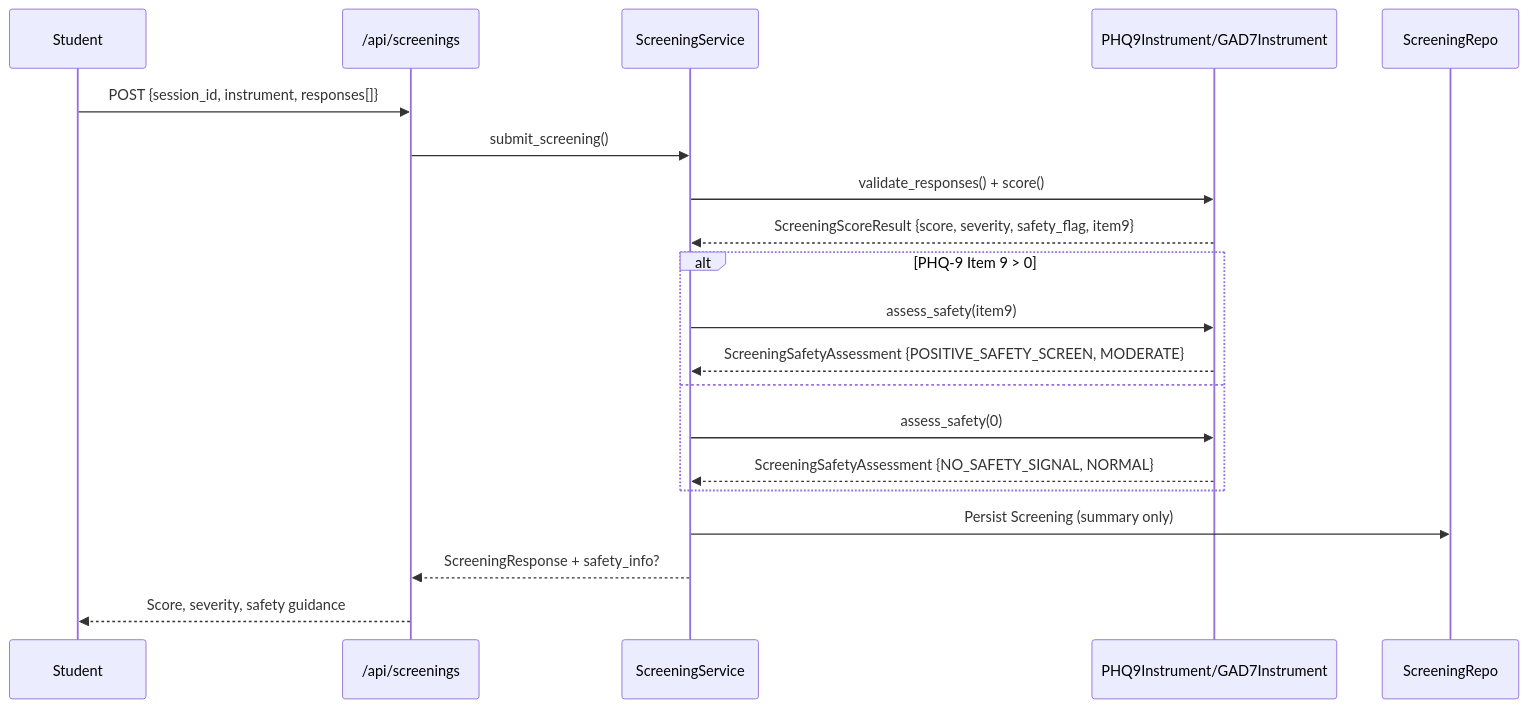
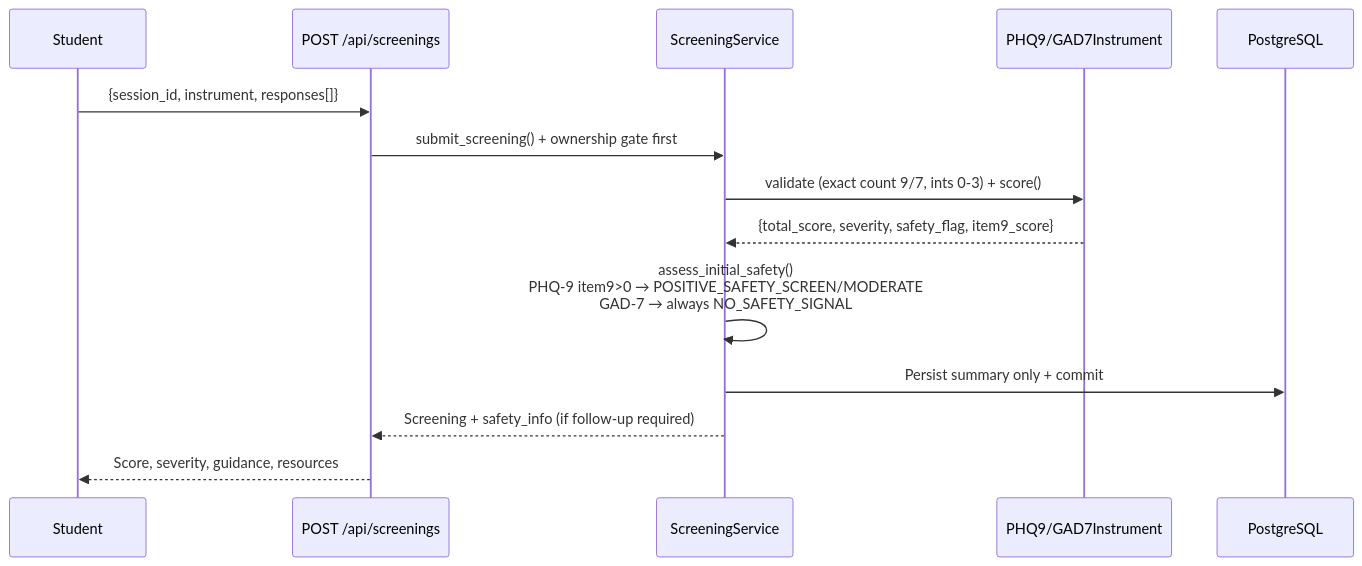
The third of 4 diagrams in docs/ARCHITECTURE.md (syazy-bit/mental-health-app), drawn with Mermaid before and after one commit. The commit also changed other lines of this file and 3 other files, not shown here.

Commit message:
docs: finalize license and technical architecture

````diff
--- a/docs/ARCHITECTURE.md
+++ b/docs/ARCHITECTURE.md
@@ -88,22 +307,16 @@
 ```mermaid
 sequenceDiagram
-    participant Student
-    participant API as /api/screenings
-    participant Service as ScreeningService
-    participant Instrument as PHQ9Instrument/GAD7Instrument
-    participant Repo as ScreeningRepo
-    Student->>API: POST {session_id, instrument, responses[]}
-    API->>Service: submit_screening()
-    Service->>Instrument: validate_responses() + score()
-    Instrument-->>Service: ScreeningScoreResult {score, severity, safety_flag, item9}
-    alt PHQ-9 Item 9 > 0
-        Service->>Instrument: assess_safety(item9)
-        Instrument-->>Service: ScreeningSafetyAssessment {POSITIVE_SAFETY_SCREEN, MODERATE}
-    else
-        Service->>Instrument: assess_safety(0)
-        Instrument-->>Service: ScreeningSafetyAssessment {NO_SAFETY_SIGNAL, NORMAL}
-    end
-    Service->>Repo: Persist Screening (summary only)
-    Service-->>API: ScreeningResponse + safety_info?
-    API-->>Student: Score, severity, safety guidance
+    participant S as Student
+    participant R as POST /api/screenings
+    participant V as ScreeningService
+    participant I as PHQ9/GAD7Instrument
+    participant D as PostgreSQL
+    S->>R: {session_id, instrument, responses[]}
+    R->>V: submit_screening() + ownership gate first
+    V->>I: validate (exact count 9/7, ints 0-3) + score()
+    I-->>V: {total_score, severity, safety_flag, item9_score}
+    V->>V: assess_initial_safety()<br/>PHQ-9 item9>0 → POSITIVE_SAFETY_SCREEN/MODERATE<br/>GAD-7 → always NO_SAFETY_SIGNAL
+    V->>D: Persist summary only + commit
+    V-->>R: Screening + safety_info (if follow-up required)
+    R-->>S: Score, severity, guidance, resources
 ```
````
